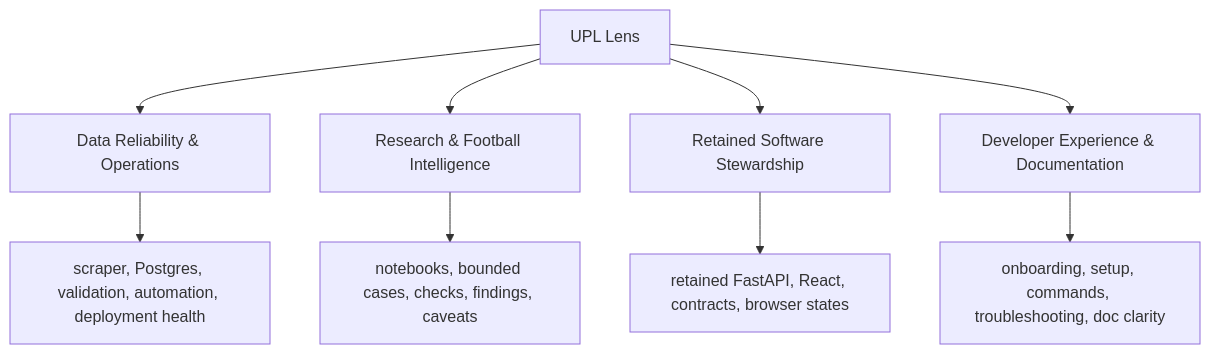
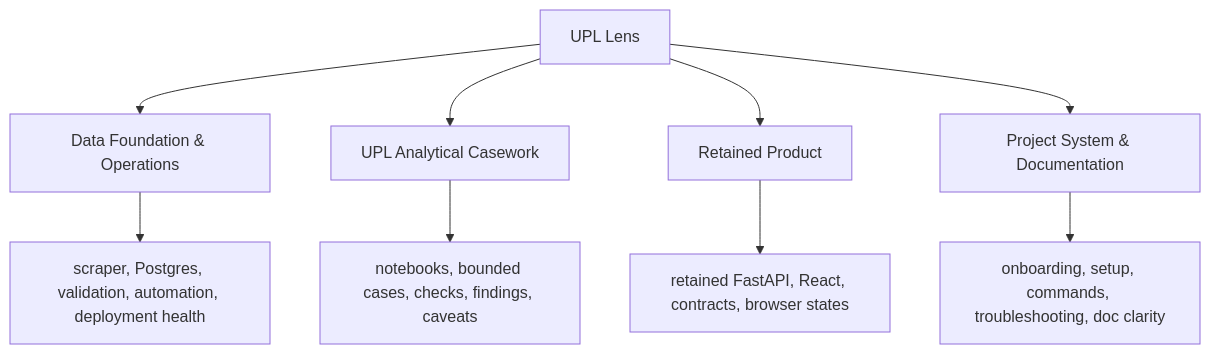
One commit to humphrey-nyanzi/UPL-goal-timing changed the diagram in docs/START_HERE.md. Above: the diagram before and after it, drawn with Mermaid. The commit also changed other lines of this file and 28 other files, not shown here.

Commit message:
Reconfigure GitHub workflow for UPL casework

````diff
--- a/docs/START_HERE.md
+++ b/docs/START_HERE.md
@@ -170,12 +182,12 @@
 ```mermaid
 flowchart TD
-    A["UPL Lens"] --> B["Data Reliability & Operations"]
-    A --> C["Research & Football Intelligence"]
-    A --> D["Retained Software Stewardship"]
-    A --> E["Developer Experience & Documentation"]
+    A["UPL Lens"] --> B["Data Foundation & Operations"]
+    A --> C["UPL Analytical Casework"]
+    A --> D["Retained Product"]
+    A --> E["Project System & Documentation"]
 
     B --> B1["scraper, Postgres, validation, automation, deployment health"]
     C --> C1["notebooks, bounded cases, checks, findings, caveats"]
     D --> D1["retained FastAPI, React, contracts, browser states"]
     E --> E1["onboarding, setup, commands, troubleshooting, doc clarity"]
 ```
````
